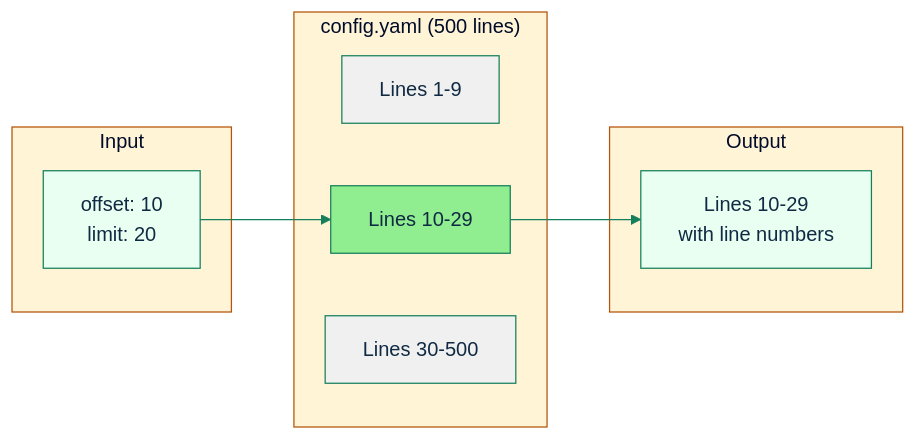
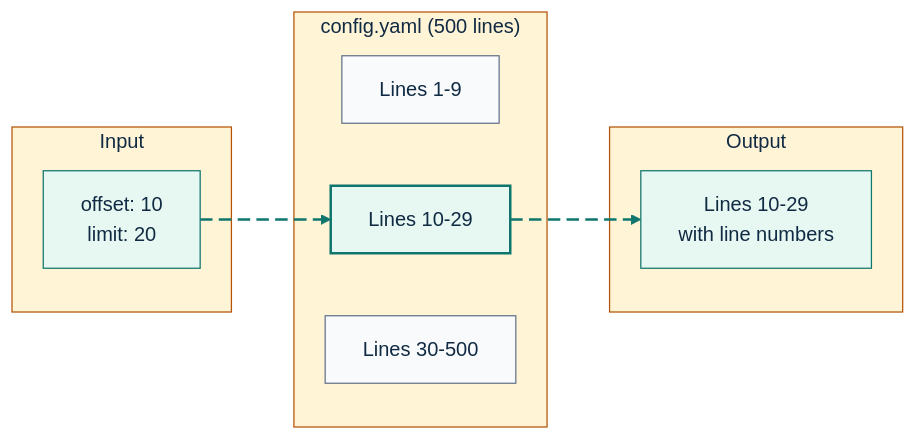
One commit to GlitterKill/sdl-mcp changed the second of 5 diagrams in docs/file-read-tool.md. Above: the diagram before and after it, drawn with Mermaid. The commit also changed other lines of this file and 33 other files, not shown here.

First line of the commit message:
docs: update mermaid diagram themes and styling across documentation

````diff
--- a/docs/file-read-tool.md
+++ b/docs/file-read-tool.md
@@ -85,22 +94,31 @@
 ```mermaid
-%%{init: {"theme":"base","themeVariables":{"primaryColor":"#e8fff1","primaryBorderColor":"#157f5b","primaryTextColor":"#102a43","secondaryColor":"#eef6ff","secondaryBorderColor":"#2563eb","tertiaryColor":"#fff4d6","tertiaryBorderColor":"#b45309","lineColor":"#157f5b","fontFamily":"Trebuchet MS, Arial"},"flowchart":{"curve":"basis"}}}%%
+%%{init: {"theme":"base","themeVariables":{"background":"#ffffff","primaryColor":"#E7F8F2","primaryBorderColor":"#0F766E","primaryTextColor":"#102A43","secondaryColor":"#E8F1FF","secondaryBorderColor":"#2563EB","secondaryTextColor":"#102A43","tertiaryColor":"#FFF4D6","tertiaryBorderColor":"#B45309","tertiaryTextColor":"#102A43","lineColor":"#0F766E","textColor":"#102A43","fontFamily":"Inter, ui-sans-serif, system-ui, -apple-system, BlinkMacSystemFont, Segoe UI, sans-serif"},"flowchart":{"curve":"basis","htmlLabels":true}}}%%
 flowchart LR
     subgraph Input
         A[offset: 10<br>limit: 20]
     end
     subgraph File["config.yaml (500 lines)"]
         B1[Lines 1-9]
         B2[Lines 10-29]
         B3[Lines 30-500]
     end
     subgraph Output
         C[Lines 10-29<br>with line numbers]
     end
 
-    A --> B2
-    B2 --> C
+    A e1@--> B2
+    B2 e2@--> C
 
-    style B2 fill:#90EE90
-    style B1 fill:#f0f0f0
-    style B3 fill:#f0f0f0
+    style B2 fill:#E7F8F2,stroke:#0F766E,stroke-width:2px,color:#102A43
+    style B1 fill:#F8FAFC,stroke:#64748B,stroke-width:1px,color:#102A43
+    style B3 fill:#F8FAFC,stroke:#64748B,stroke-width:1px,color:#102A43
+
+    classDef source fill:#E7F8F2,stroke:#0F766E,stroke-width:2px,color:#102A43;
+    classDef process fill:#E8F1FF,stroke:#2563EB,stroke-width:2px,color:#102A43;
+    classDef decision fill:#FFF4D6,stroke:#B45309,stroke-width:2px,color:#102A43;
+    classDef storage fill:#F2E8FF,stroke:#7C3AED,stroke-width:2px,color:#102A43;
+    classDef output fill:#FFE8EF,stroke:#BE123C,stroke-width:2px,color:#102A43;
+    classDef muted fill:#F8FAFC,stroke:#64748B,stroke-width:1px,color:#102A43;
+    classDef animate stroke:#0F766E,stroke-width:2px,stroke-dasharray:10\,5,stroke-dashoffset:900,animation:dash 22s linear infinite;
+    class e1,e2 animate;
 ```
````
